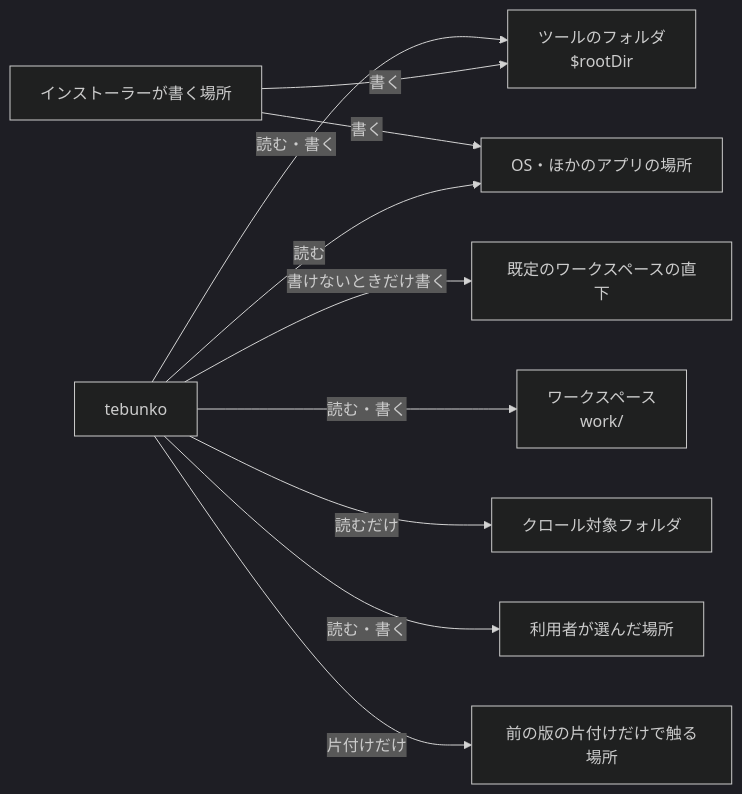
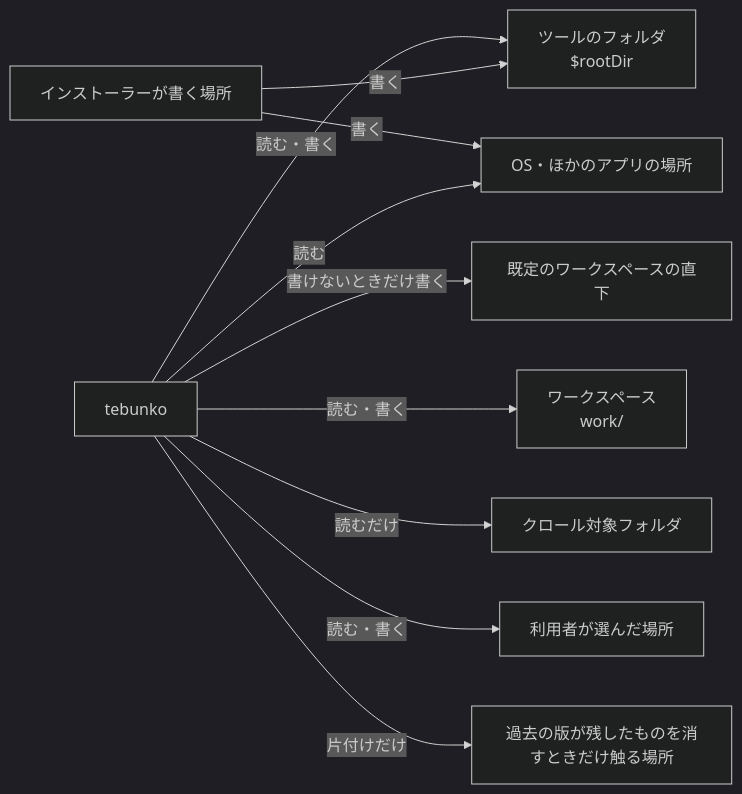
The first of 2 diagrams in docs/design/structure/io-files.md (hsgwa/tebunko), drawn with Mermaid (dark theme) before and after one commit. The commit also changed other lines of this file, not shown here.

````diff
--- a/docs/design/structure/io-files.md
+++ b/docs/design/structure/io-files.md
@@ -11,21 +11,21 @@
 ```mermaid
 flowchart LR
     TOOL["ツールのフォルダ<br>$rootDir"]
     DEF["既定のワークスペースの直下"]
     WS["ワークスペース<br>work/"]
     CRAWL["クロール対象フォルダ"]
     USER["利用者が選んだ場所"]
     INST["インストーラーが書く場所"]
     OS["OS・ほかのアプリの場所"]
-    OLD["前の版の片付けだけで触る場所"]
+    OLD["過去の版が残したものを消すときだけ触る場所"]
     APP["tebunko"]
     APP -- "読む・書く" --> TOOL
     APP -- "書けないときだけ書く" --> DEF
     APP -- "読む・書く" --> WS
     APP -- "読むだけ" --> CRAWL
     APP -- "読む・書く" --> USER
     INST -- "書く" --> TOOL
     INST -- "書く" --> OS
     APP -- "読む" --> OS
     APP -- "片付けだけ" --> OLD
 ```
````
